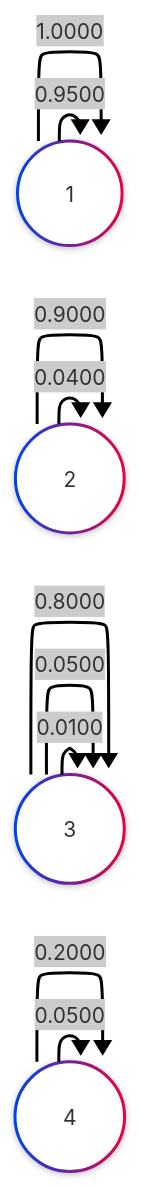
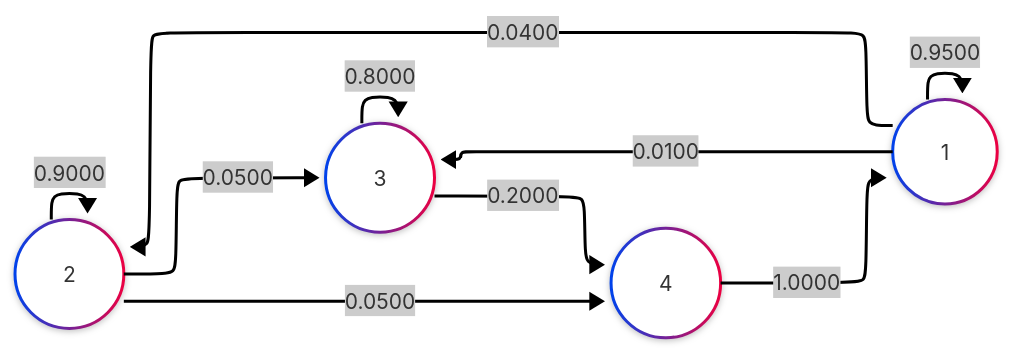
One commit to RomainKK/S3_PROJECT_KOHNKE_ISRAEL_GHARNAOUT changed the diagram in cmake-build-debug/exemple1.mmd. Above: the diagram before and after it, drawn with Mermaid. The commit also changed 19 other files, not shown here.

```diff
--- a/cmake-build-debug/exemple1.mmd
+++ b/cmake-build-debug/exemple1.mmd
@@ -1,20 +1,20 @@
 ---
 config:
  layout: elk
  theme: neo
  look: neo
 ---
 flowchart LR
 A((1))
 B((2))
 C((3))
 D((4))
-C -->|0.0100|C
-B -->|0.0400|B
+A -->|0.0100|C
+A -->|0.0400|B
 A -->|0.9500|A
-D -->|0.0500|D
-C -->|0.0500|C
+B -->|0.0500|D
+B -->|0.0500|C
 B -->|0.9000|B
-D -->|0.2000|D
+C -->|0.2000|D
 C -->|0.8000|C
-A -->|1.0000|A
+D -->|1.0000|A
```
